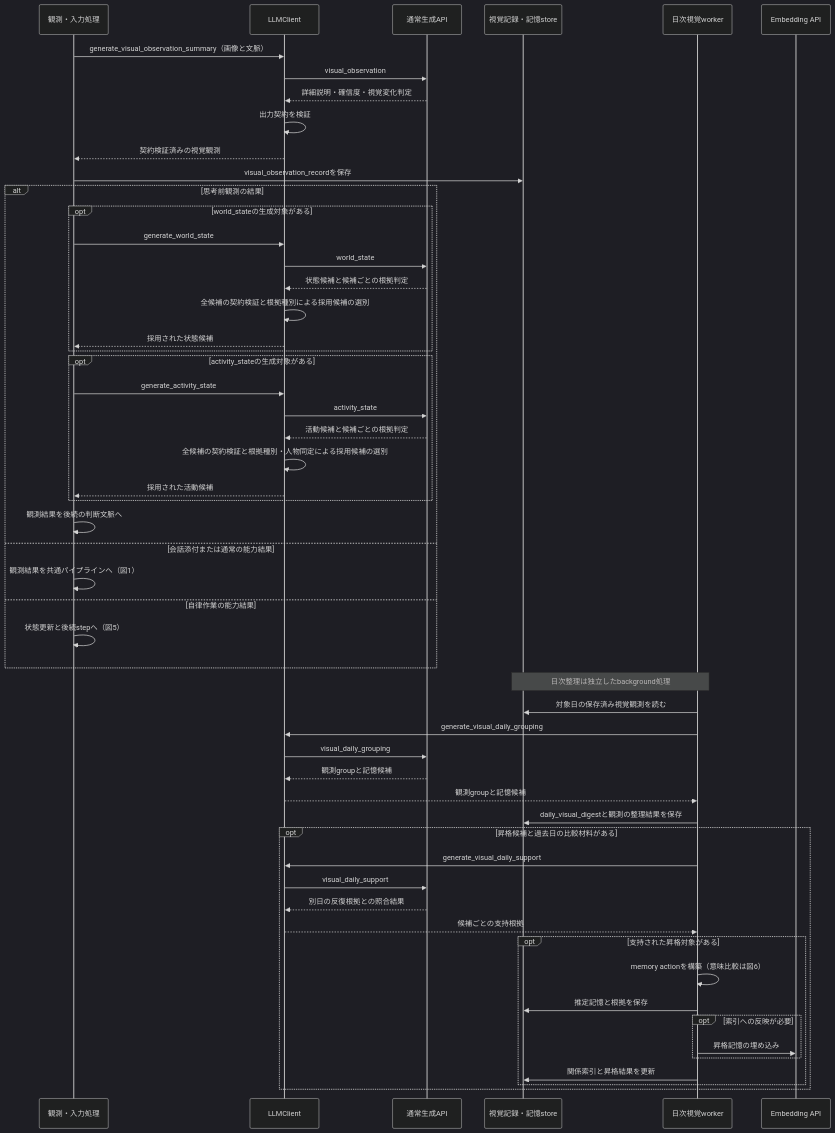
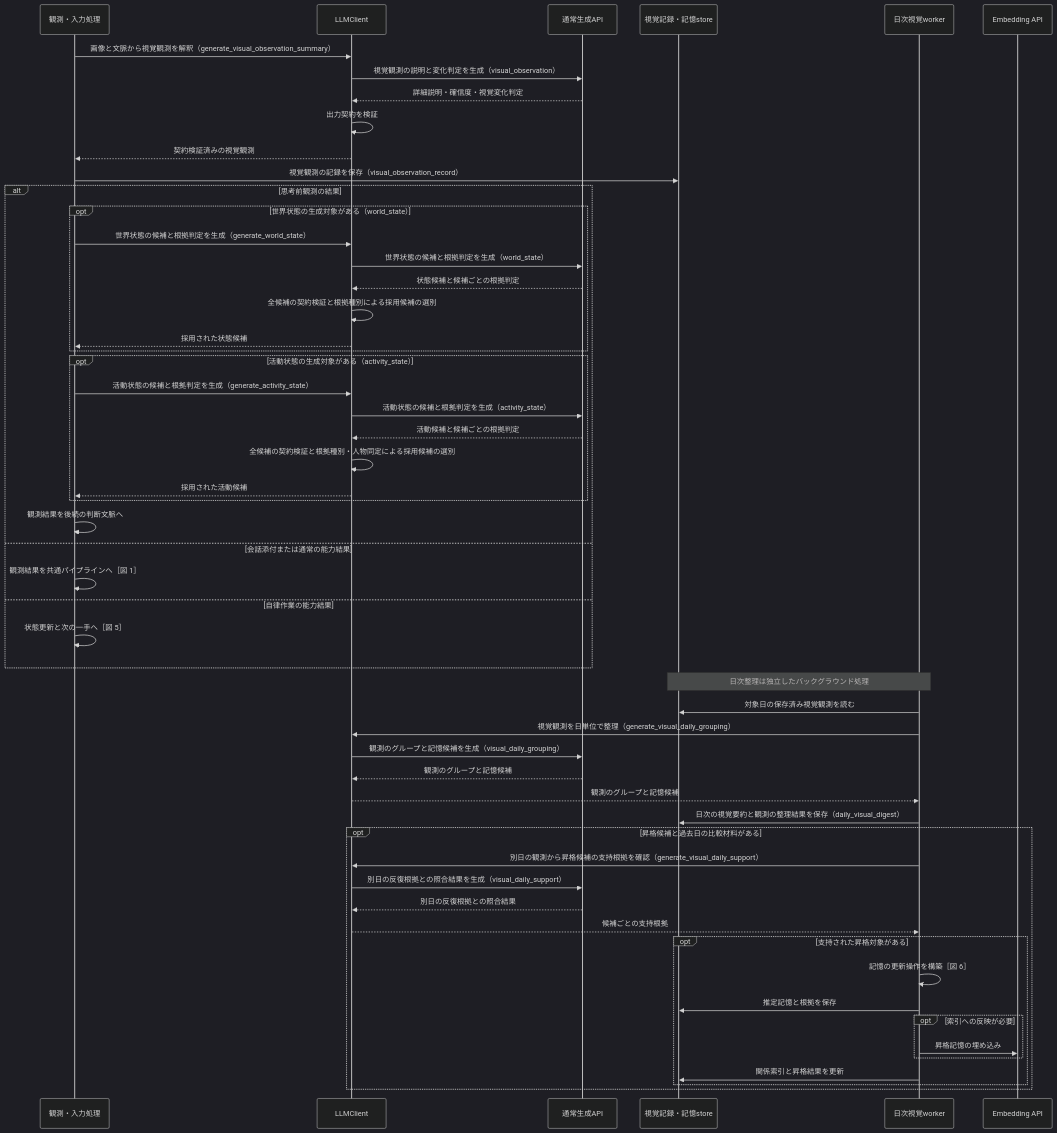
One commit to hirona98/OtomeKairo changed the seventh of 7 diagrams in docs/design/llm/LLM呼び出しシーケンス.md. Above: the diagram before and after it, drawn with Mermaid (dark theme). The commit also changed other lines of this file, not shown here.

Commit message:
図1まで補足完了

````diff
--- a/docs/design/llm/LLM呼び出しシーケンス.md
+++ b/docs/design/llm/LLM呼び出しシーケンス.md
@@ -487,58 +468,58 @@
 ```mermaid
 sequenceDiagram
     participant C as 観測・入力処理
     participant L as LLMClient
     participant G as 通常生成API
     participant S as 視覚記録・記憶store
     participant W as 日次視覚worker
     participant E as Embedding API
 
-    C->>L: generate_visual_observation_summary（画像と文脈）
-    L->>G: visual_observation
+    C->>L: 画像と文脈から視覚観測を解釈（generate_visual_observation_summary）
+    L->>G: 視覚観測の説明と変化判定を生成（visual_observation）
     G-->>L: 詳細説明・確信度・視覚変化判定
     L->>L: 出力契約を検証
     L-->>C: 契約検証済みの視覚観測
-    C->>S: visual_observation_recordを保存
+    C->>S: 視覚観測の記録を保存（visual_observation_record）
     alt 思考前観測の結果
-        opt world_stateの生成対象がある
-            C->>L: generate_world_state
-            L->>G: world_state
+        opt 世界状態の生成対象がある（world_state）
+            C->>L: 世界状態の候補と根拠判定を生成（generate_world_state）
+            L->>G: 世界状態の候補と根拠判定を生成（world_state）
             G-->>L: 状態候補と候補ごとの根拠判定
             L->>L: 全候補の契約検証と根拠種別による採用候補の選別
             L-->>C: 採用された状態候補
         end
-        opt activity_stateの生成対象がある
-            C->>L: generate_activity_state
-            L->>G: activity_state
+        opt 活動状態の生成対象がある（activity_state）
+            C->>L: 活動状態の候補と根拠判定を生成（generate_activity_state）
+            L->>G: 活動状態の候補と根拠判定を生成（activity_state）
             G-->>L: 活動候補と候補ごとの根拠判定
             L->>L: 全候補の契約検証と根拠種別・人物同定による採用候補の選別
             L-->>C: 採用された活動候補
         end
         C->>C: 観測結果を後続の判断文脈へ
     else 会話添付または通常の能力結果
-        C->>C: 観測結果を共通パイプラインへ（図1）
+        C->>C: 観測結果を共通パイプラインへ［図 1］
     else 自律作業の能力結果
-        C->>C: 状態更新と後続stepへ（図5）
+        C->>C: 状態更新と次の一手へ［図 5］
     end
-    Note over S,W: 日次整理は独立したbackground処理
+    Note over S,W: 日次整理は独立したバックグラウンド処理
     W->>S: 対象日の保存済み視覚観測を読む
-    W->>L: generate_visual_daily_grouping
-    L->>G: visual_daily_grouping
-    G-->>L: 観測groupと記憶候補
-    L-->>W: 観測groupと記憶候補
-    W->>S: daily_visual_digestと観測の整理結果を保存
+    W->>L: 視覚観測を日単位で整理（generate_visual_daily_grouping）
+    L->>G: 観測のグループと記憶候補を生成（visual_daily_grouping）
+    G-->>L: 観測のグループと記憶候補
+    L-->>W: 観測のグループと記憶候補
+    W->>S: 日次の視覚要約と観測の整理結果を保存（daily_visual_digest）
     opt 昇格候補と過去日の比較材料がある
-        W->>L: generate_visual_daily_support
-        L->>G: visual_daily_support
+        W->>L: 別日の観測から昇格候補の支持根拠を確認（generate_visual_daily_support）
+        L->>G: 別日の反復根拠との照合結果を生成（visual_daily_support）
         G-->>L: 別日の反復根拠との照合結果
         L-->>W: 候補ごとの支持根拠
         opt 支持された昇格対象がある
-            W->>W: memory actionを構築（意味比較は図6）
+            W->>W: 記憶の更新操作を構築［図 6］
             W->>S: 推定記憶と根拠を保存
             opt 索引への反映が必要
                 W->>E: 昇格記憶の埋め込み
             end
             W->>S: 関係索引と昇格結果を更新
         end
     end
 ```
````
